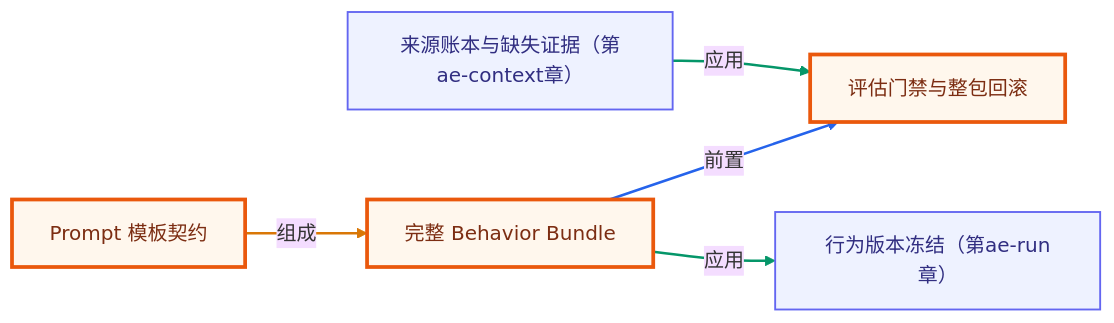
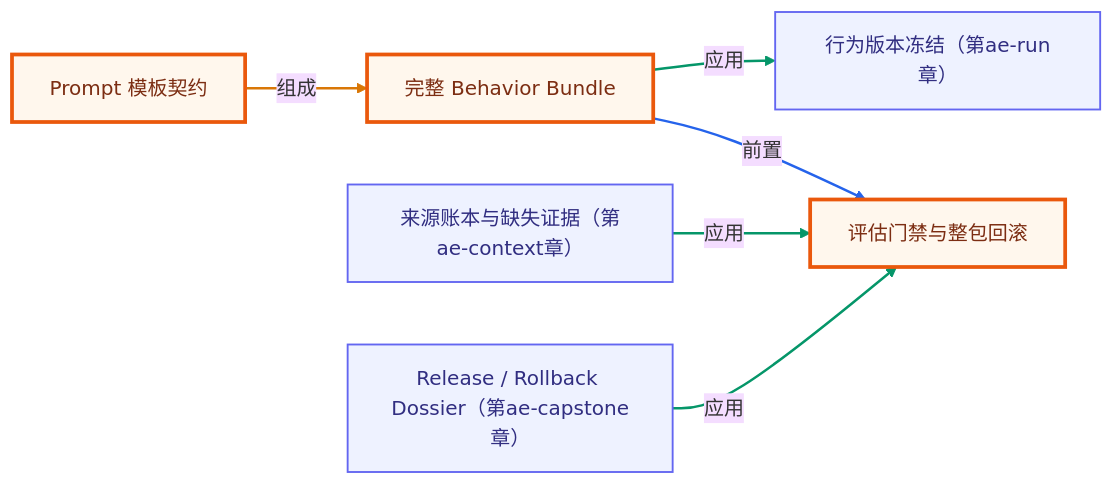
The second of 2 diagrams in agent-engineering/03-prompt-release-gate/README.md (songuu/agent), drawn with Mermaid (base theme) before and after one commit. The commit also changed other lines of this file and 58 other files, not shown here.

````diff
--- a/agent-engineering/03-prompt-release-gate/README.md
+++ b/agent-engineering/03-prompt-release-gate/README.md
@@ -175,20 +175,23 @@
 ```mermaid
 graph LR
   classDef own fill:#fff7ed,stroke:#ea580c,stroke-width:3px,color:#7c2d12;
   classDef cross fill:#eef2ff,stroke:#6366f1,stroke-width:1.5px,color:#312e81;
   n_caeprompt_template_contract["Prompt 模板契约"]
   n_caeprompt_behavior_bundle["完整 Behavior Bundle"]
   n_caeprompt_release_rollback["评估门禁与整包回滚"]
   n_caectx_provenance_ledger["来源账本与缺失证据（第ae-context章）"]
   n_caerun_behavior_pin["行为版本冻结（第ae-run章）"]
+  n_caecap_release_dossier["Release / Rollback Dossier（第ae-capstone章）"]
   n_caeprompt_template_contract -->|组成| n_caeprompt_behavior_bundle
   n_caeprompt_behavior_bundle -->|前置| n_caeprompt_release_rollback
   n_caectx_provenance_ledger -->|应用| n_caeprompt_release_rollback
   n_caeprompt_behavior_bundle -->|应用| n_caerun_behavior_pin
+  n_caecap_release_dossier -->|应用| n_caeprompt_release_rollback
   class n_caeprompt_template_contract,n_caeprompt_behavior_bundle,n_caeprompt_release_rollback own;
-  class n_caectx_provenance_ledger,n_caerun_behavior_pin cross;
+  class n_caectx_provenance_ledger,n_caerun_behavior_pin,n_caecap_release_dossier cross;
   linkStyle 0 stroke:#d97706,stroke-width:2px;
   linkStyle 1 stroke:#2563eb,stroke-width:2px;
   linkStyle 2 stroke:#059669,stroke-width:2px;
   linkStyle 3 stroke:#059669,stroke-width:2px;
+  linkStyle 4 stroke:#059669,stroke-width:2px;
 ```
````
